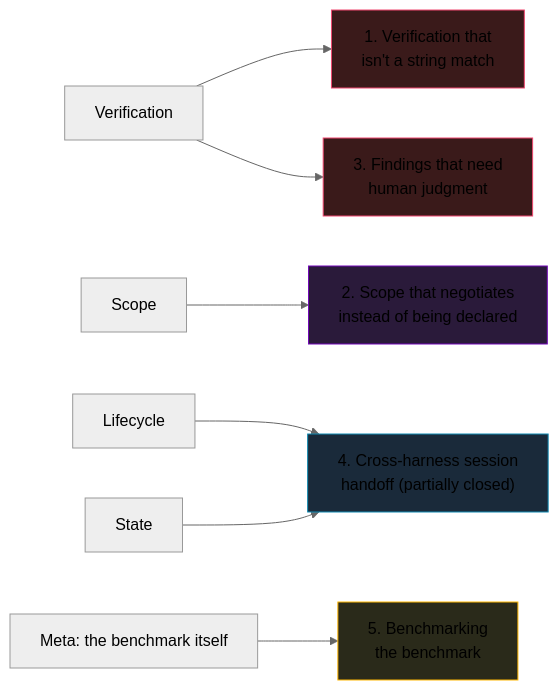
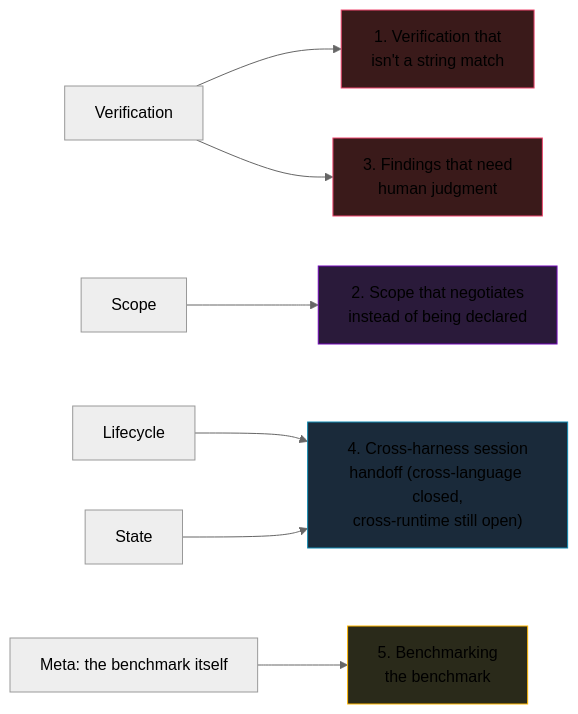
The diagram in docs/open-problems.md (Nitin13-git/learn-harness-security), drawn with Mermaid (neutral theme) before and after one commit. The commit also changed other lines of this file, not shown here.

Commit message:
Open Problem #4: Scope/Verifier interop now proven too, cross-runtime still open

````diff
--- a/docs/open-problems.md
+++ b/docs/open-problems.md
@@ -7,15 +7,15 @@
 ```mermaid
 flowchart LR
     V[Verification] --> P1[1. Verification that<br/>isn't a string match]
     V --> P3[3. Findings that need<br/>human judgment]
     S[Scope] --> P2[2. Scope that negotiates<br/>instead of being declared]
-    L[Lifecycle] --> P4["4. Cross-harness session<br/>handoff (partially closed)"]
+    L[Lifecycle] --> P4["4. Cross-harness session<br/>handoff (cross-language closed,<br/>cross-runtime still open)"]
     St[State] --> P4
     Meta[Meta: the benchmark itself] --> P5[5. Benchmarking<br/>the benchmark]
 
     style P1 fill:#3a1a1a,stroke:#ef476f
     style P3 fill:#3a1a1a,stroke:#ef476f
     style P2 fill:#2a1a3a,stroke:#7209b7
     style P4 fill:#1a2a3a,stroke:#118ab2
     style P5 fill:#2a2a1a,stroke:#ffb703
 ```
````
